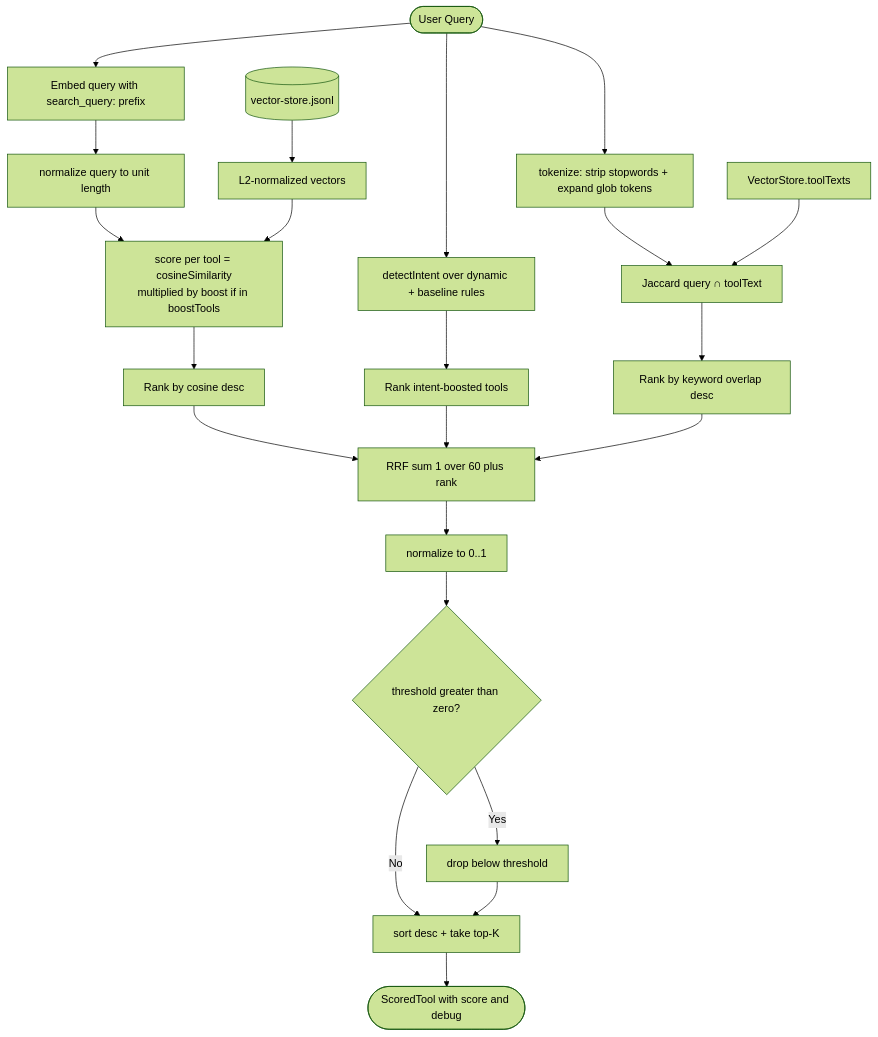
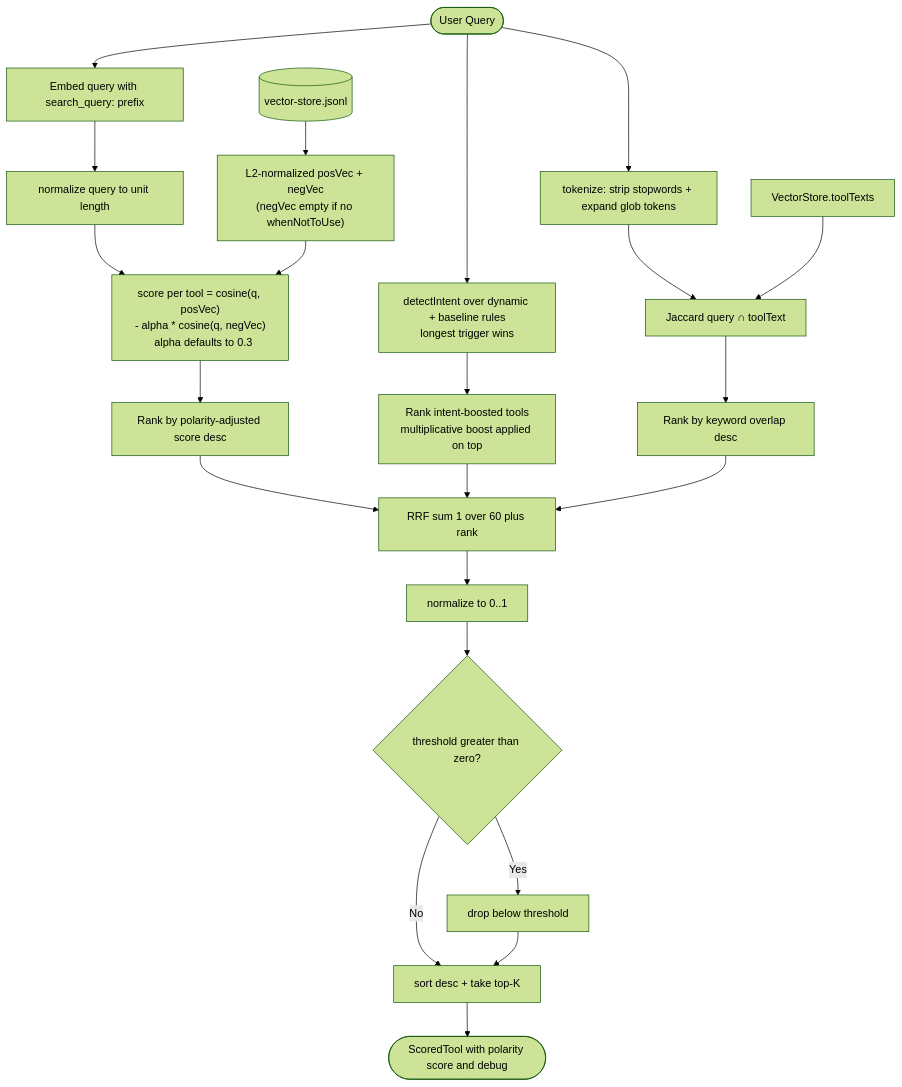
Before and after one commit to ahmadmdabit/semantic-tool-router: the fourth of 4 diagrams in README.md, drawn with Mermaid (forest theme). The commit also changed other lines of this file and 14 other files, not shown here.

````diff
--- a/README.md
+++ b/README.md
@@ -343,28 +356,28 @@
 ```mermaid
 flowchart TD
     Q([User Query]) --> Embed[Embed query with search_query: prefix]
-    Q --> Detect[detectIntent over dynamic + baseline rules]
+    Q --> Detect[detectIntent over dynamic + baseline rules<br/>longest trigger wins]
     Q --> Tokens[tokenize: strip stopwords + expand glob tokens]
 
-    Store[(vector-store.jsonl)] --> Vectors[L2-normalized vectors]
+    Store[(vector-store.jsonl)] --> Vectors["L2-normalized posVec + negVec<br/>(negVec empty if no whenNotToUse)"]
 
     Embed --> Nq[normalize query to unit length]
-    Nq --> Cosine[score per tool = cosineSimilarity<br/>multiplied by boost if in boostTools]
+    Nq --> Cosine["score per tool = cosine(q, posVec)<br/>- alpha * cosine(q, negVec)<br/>  alpha defaults to 0.3"]
     Vectors --> Cosine
 
-    Cosine --> R1[Rank by cosine desc]
-    Detect --> R2[Rank intent-boosted tools]
+    Cosine --> R1[Rank by polarity-adjusted score desc]
+    Detect --> R2[Rank intent-boosted tools<br/>multiplicative boost applied on top]
     Tokens --> Jaccard[Jaccard query ∩ toolText]
     ToolTexts[VectorStore.toolTexts] --> Jaccard
     Jaccard --> R3[Rank by keyword overlap desc]
 
     R1 --> RRF["RRF sum 1 over 60 plus rank"]
     R2 --> RRF
     R3 --> RRF
     RRF --> Norm[normalize to 0..1]
     Norm --> Thresh{threshold greater than zero?}
     Thresh -- Yes --> Filter[drop below threshold]
     Thresh -- No --> Sort[sort desc + take top-K]
     Filter --> Sort
-    Sort --> Out([ScoredTool with score and debug])
+    Sort --> Out([ScoredTool with polarity score and debug])
 ```
````
